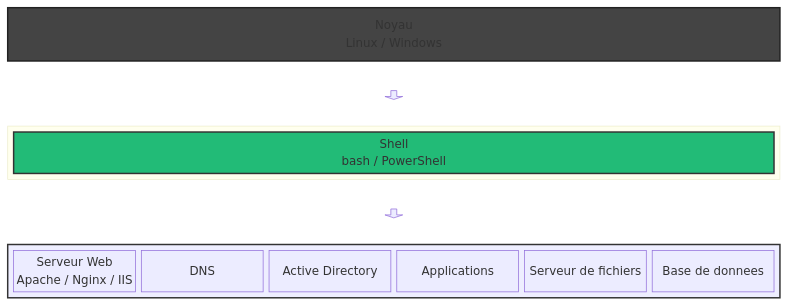
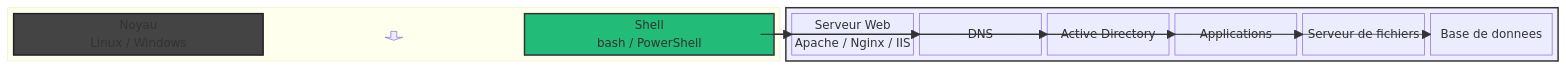
One commit to CollegeBoreal/INF1102-201-26H-05 changed the diagram in 2.Administration/README.md. Above: the diagram before and after it, drawn with Mermaid.

````diff
--- a/2.Administration/README.md
+++ b/2.Administration/README.md
@@ -4,27 +4,34 @@
 ```mermaid
 block-beta
-columns 1
+columns 2
 
-  Kernel["Noyau\nLinux / Windows"]
-
-  blockArrowKS<[" "]>(down)
-
-  block:ShellBlock
+  %% Colonne de gauche : Kernel et Shell
+  block:Left
+    Kernel["Noyau\nLinux / Windows"]
+    blockArrowKS<[" "]>(down)
     Shell["Shell\nbash / PowerShell"]
   end
 
-  blockArrowSS<[" "]>(down)
-
-  block:Services
+  %% Colonne de droite : Services
+  block:Right
     Web["Serveur Web\nApache / Nginx / IIS"]
     DNS["DNS"]
     AD["Active Directory"]
     Apps["Applications"]
     Files["Serveur de fichiers"]
     DB["Base de donnees"]
   end
 
+  %% Connexions
+  Shell --> Web
+  Shell --> DNS
+  Shell --> AD
+  Shell --> Apps
+  Shell --> Files
+  Shell --> DB
+
+  %% Styles
   style Kernel fill:#444,stroke:#222,stroke-width:2px,color:#fff
   style Shell fill:#2b7,stroke:#333,stroke-width:2px
-  style Services fill:#eef,stroke:#333,stroke-width:2px
+  style Right fill:#eef,stroke:#333,stroke-width:2px
 ```
````
